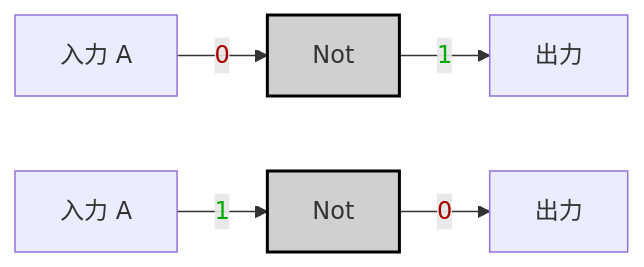
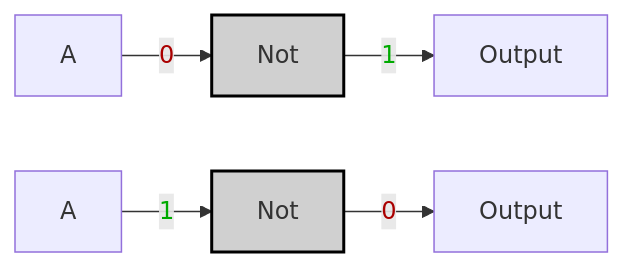
Before and after one commit to MeJamoLeo/Vault_Templates: the first of 2 diagrams in 99_Projects/Nand2Tetris/HackHDL/01_NOT.md, drawn with Mermaid. The commit also changed other lines of this file and 3 other files, not shown here.

````diff
--- a/99_Projects/Nand2Tetris/HackHDL/01_NOT.md
+++ b/99_Projects/Nand2Tetris/HackHDL/01_NOT.md
@@ -17,10 +17,10 @@
 ``` mermaid
 graph LR;
-    A0["入力 A"] -->|<span style="color:#a00">0</span>| NAND0;
-    NAND0["Not"]:::gate -->|<span style="color:#0a0">1</span>| OUT0["出力"];
+    A0["A"] -->|<span style="color:#a00">0</span>| NAND0;
+    NAND0["Not"]:::gate -->|<span style="color:#0a0">1</span>| OUT0["Output"];
 
-    A1["入力 A"] -->|<span style="color:#0a0">1</span>| NAND1;
-    NAND1["Not"]:::gate -->|<span style="color:#a00">0</span>| OUT1["出力"];
+    A1["A"] -->|<span style="color:#0a0">1</span>| NAND1;
+    NAND1["Not"]:::gate -->|<span style="color:#a00">0</span>| OUT1["Output"];
 
     classDef gate fill:#d0d0d0,stroke:#000,stroke-width:2px;
 ```
````
